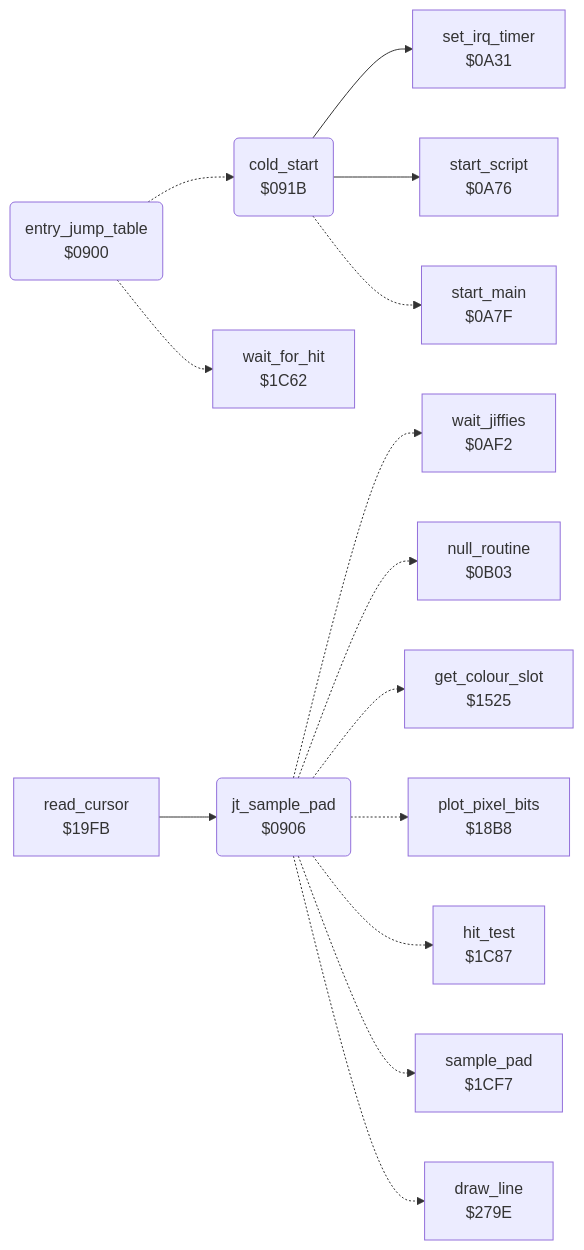
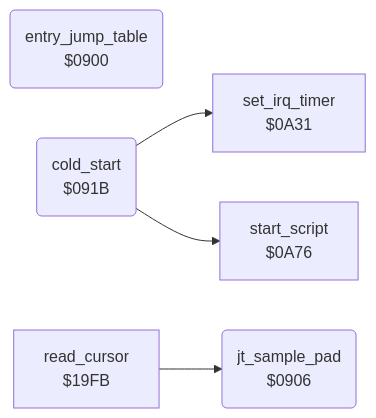
One commit to henols/c64_games changed the diagram in koala_painter/v2/docs/reference/modules/init/entry.md. Above: the diagram before and after it, drawn with Mermaid. The commit also changed other lines of this file and 1100 other files, not shown here.

````diff
--- a/koala_painter/v2/docs/reference/modules/init/entry.md
+++ b/koala_painter/v2/docs/reference/modules/init/entry.md
@@ -10,31 +24,12 @@
 ```mermaid
 flowchart LR
   n0900("entry_jump_table<br/>$0900")
   n0906("jt_sample_pad<br/>$0906")
   n091b("cold_start<br/>$091B")
   n0a31["set_irq_timer<br/>$0A31"]
   n0a76["start_script<br/>$0A76"]
-  n0a7f["start_main<br/>$0A7F"]
-  n0af2["wait_jiffies<br/>$0AF2"]
-  n0b03["null_routine<br/>$0B03"]
-  n1525["get_colour_slot<br/>$1525"]
-  n18b8["plot_pixel_bits<br/>$18B8"]
   n19fb["read_cursor<br/>$19FB"]
-  n1c62["wait_for_hit<br/>$1C62"]
-  n1c87["hit_test<br/>$1C87"]
-  n1cf7["sample_pad<br/>$1CF7"]
-  n279e["draw_line<br/>$279E"]
-  n0900 -.-> n091b
-  n0900 -.-> n1c62
-  n0906 -.-> n0af2
-  n0906 -.-> n0b03
-  n0906 -.-> n1525
-  n0906 -.-> n18b8
-  n0906 -.-> n1c87
-  n0906 -.-> n1cf7
-  n0906 -.-> n279e
   n091b --> n0a31
   n091b --> n0a76
-  n091b -.-> n0a7f
   n19fb --> n0906
 ```
````
